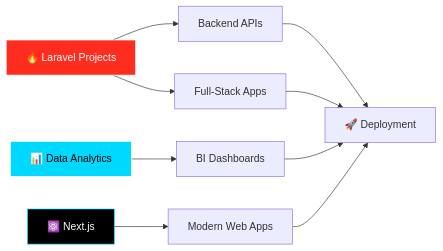
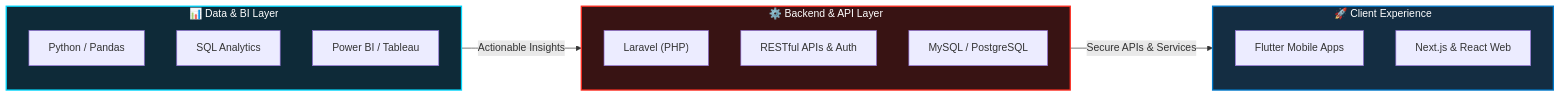
The first of 2 diagrams in README.md (stevescilar/stevescilar), drawn with Mermaid before and after one commit. The commit also changed other lines of this file, not shown here.

````diff
--- a/README.md
+++ b/README.md
@@ -51,14 +65,26 @@
 ```mermaid
-graph LR
-    A[🔥 Laravel Projects] --> B[Backend APIs]
-    A --> C[Full-Stack Apps]
-    B --> D[🚀 Deployment]
-    C --> D
-    E[📊 Data Analytics] --> F[BI Dashboards]
-    G[⚛️ Next.js] --> H[Modern Web Apps]
-    F --> D
-    H --> D
-    style A fill:#FF2D20,stroke:#fff,color:#fff
-    style E fill:#00D9FF,stroke:#fff,color:#000
-    style G fill:#000,stroke:#00D9FF,color:#fff
+flowchart LR
+    subgraph Data["📊 Data & BI Layer"]
+        D1["Python / Pandas"]
+        D2["SQL Analytics"]
+        D3["Power BI / Tableau"]
+    end
+
+    subgraph Backend["⚙️ Backend & API Layer"]
+        B1["Laravel (PHP)"]
+        B2["RESTful APIs & Auth"]
+        B3["MySQL / PostgreSQL"]
+    end
+
+    subgraph Client["🚀 Client Experience"]
+        C1["Flutter Mobile Apps"]
+        C2["Next.js & React Web"]
+    end
+
+    Data -->|"Actionable Insights"| Backend
+    Backend -->|"Secure APIs & Services"| Client
+
+    style Data fill:#0e2a38,stroke:#00D9FF,stroke-width:2px,color:#fff
+    style Backend fill:#381313,stroke:#FF2D20,stroke-width:2px,color:#fff
+    style Client fill:#142d42,stroke:#007ACC,stroke-width:2px,color:#fff
 ```
````
